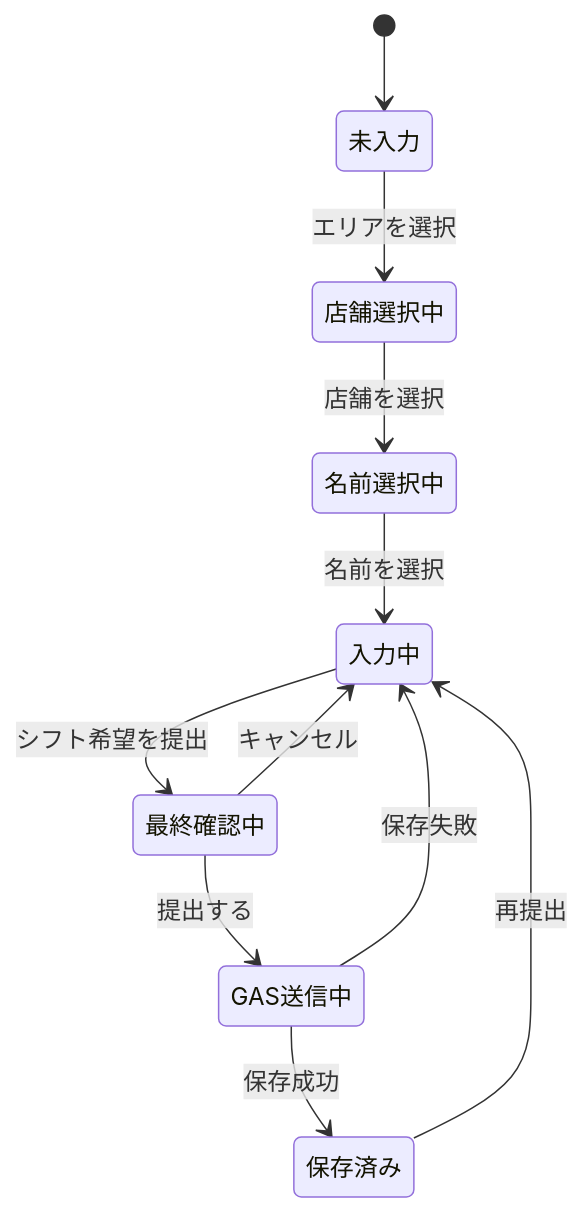
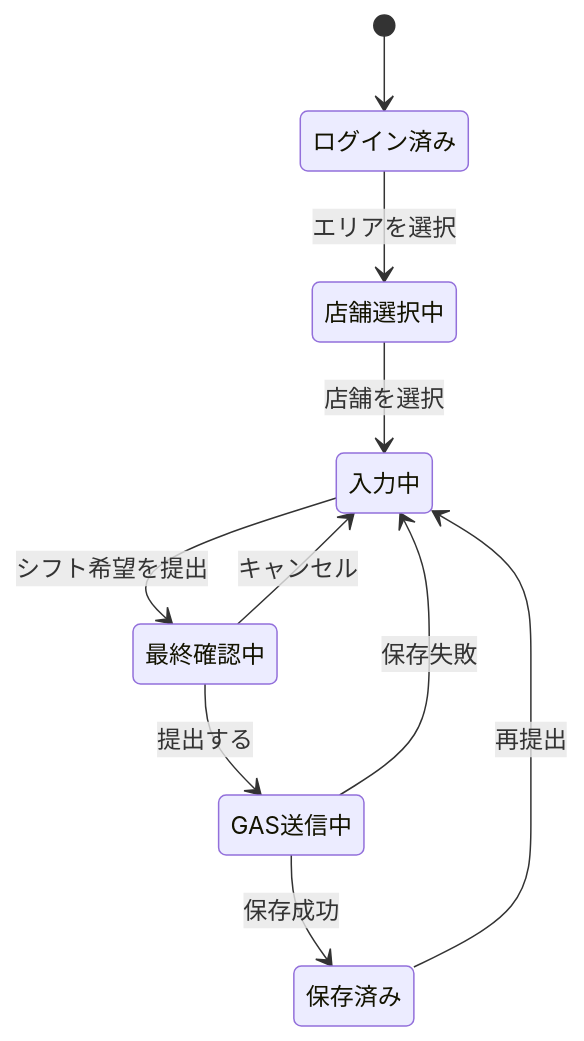
Before and after one commit to OgawaTatsukicreator/shift-submission: the first of 7 diagrams in .docx/Design.md, drawn with Mermaid. The commit also changed other lines of this file and 4 other files, not shown here.

````diff
--- a/.docx/Design.md
+++ b/.docx/Design.md
@@ -232,13 +281,12 @@
 ```mermaid
 stateDiagram-v2
-  [*] --> 未入力
-  未入力 --> 店舗選択中: エリアを選択
-  店舗選択中 --> 名前選択中: 店舗を選択
-  名前選択中 --> 入力中: 名前を選択
+  [*] --> ログイン済み
+  ログイン済み --> 店舗選択中: エリアを選択
+  店舗選択中 --> 入力中: 店舗を選択
   入力中 --> 最終確認中: シフト希望を提出
   最終確認中 --> 入力中: キャンセル
   最終確認中 --> GAS送信中: 提出する
   GAS送信中 --> 保存済み: 保存成功
   GAS送信中 --> 入力中: 保存失敗
   保存済み --> 入力中: 再提出
 ```
````
